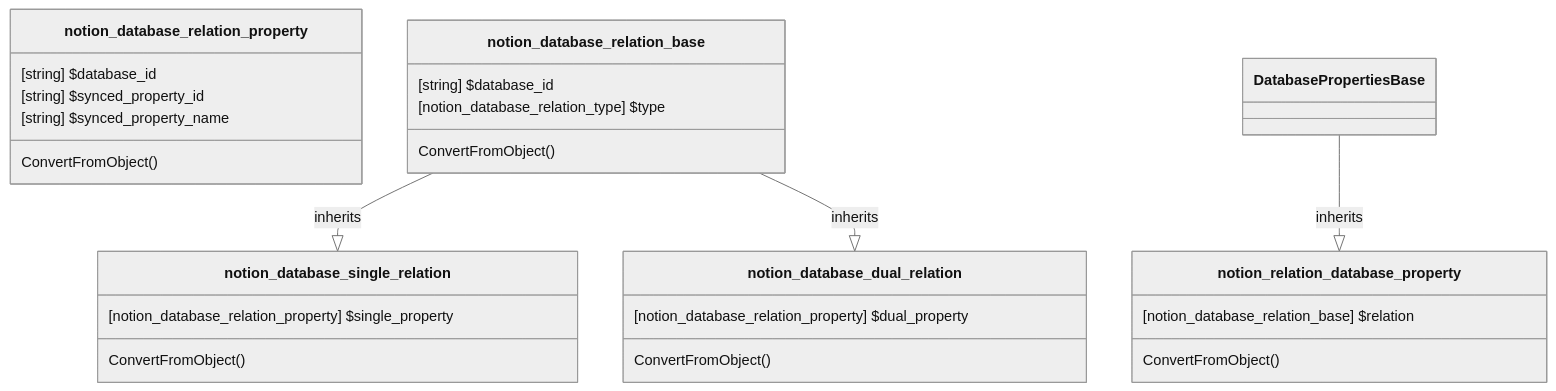
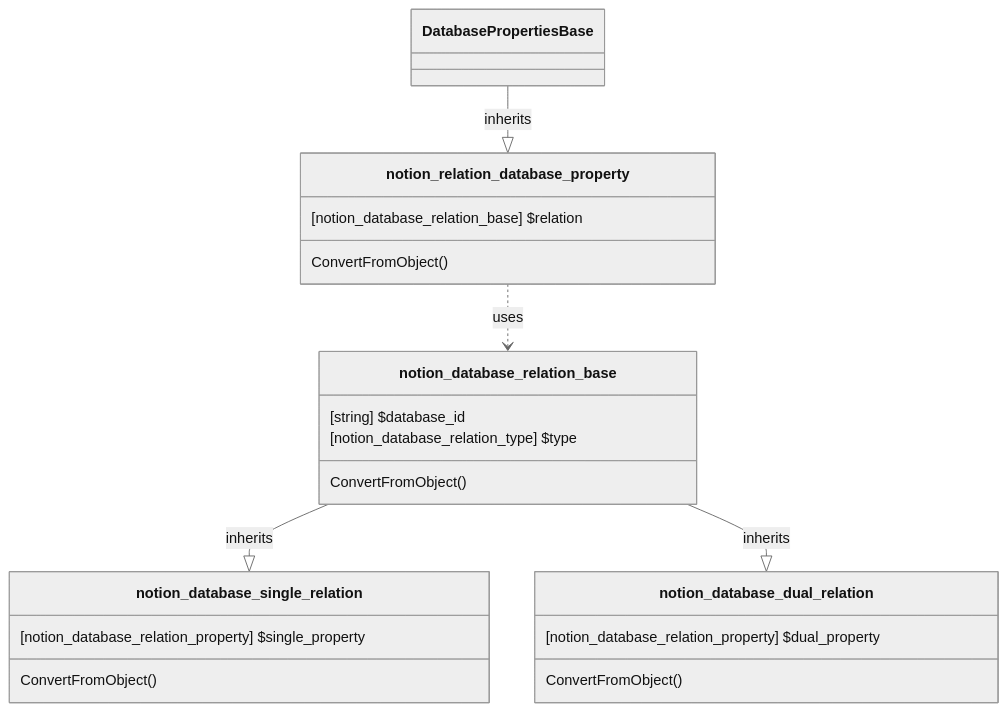
The diagram in source/WikiSource/Classes/Database/DatabaseProperties/16_dp_relation.md (fasteiner/Notion), drawn with Mermaid (neutral theme) before and after one commit. The commit also changed other lines of this file and 80 other files, not shown here.

````diff
--- a/source/WikiSource/Classes/Database/DatabaseProperties/16_dp_relation.md
+++ b/source/WikiSource/Classes/Database/DatabaseProperties/16_dp_relation.md
@@ -5,34 +5,29 @@
 ```mermaid
 classDiagram
-    class notion_database_relation_property {
-        [string] $database_id
-        [string] $synced_property_id
-        [string] $synced_property_name
-        ConvertFromObject()
-    }
 
     class notion_database_relation_base {
         [string] $database_id
         [notion_database_relation_type] $type
         ConvertFromObject()
     }
 
     class notion_database_single_relation {
         [notion_database_relation_property] $single_property
         ConvertFromObject()
     }
 
     class notion_database_dual_relation {
         [notion_database_relation_property] $dual_property
         ConvertFromObject()
     }
 
 
     class notion_relation_database_property {
         [notion_database_relation_base] $relation
         ConvertFromObject()
     }
+    `DatabasePropertiesBase` --|> `notion_relation_database_property`:inherits
     `notion_database_relation_base` --|> `notion_database_single_relation`:inherits
     `notion_database_relation_base` --|> `notion_database_dual_relation`:inherits
-    `DatabasePropertiesBase` --|> `notion_relation_database_property`:inherits
+    `notion_relation_database_property` ..> notion_database_relation_base:uses
 ```
````
